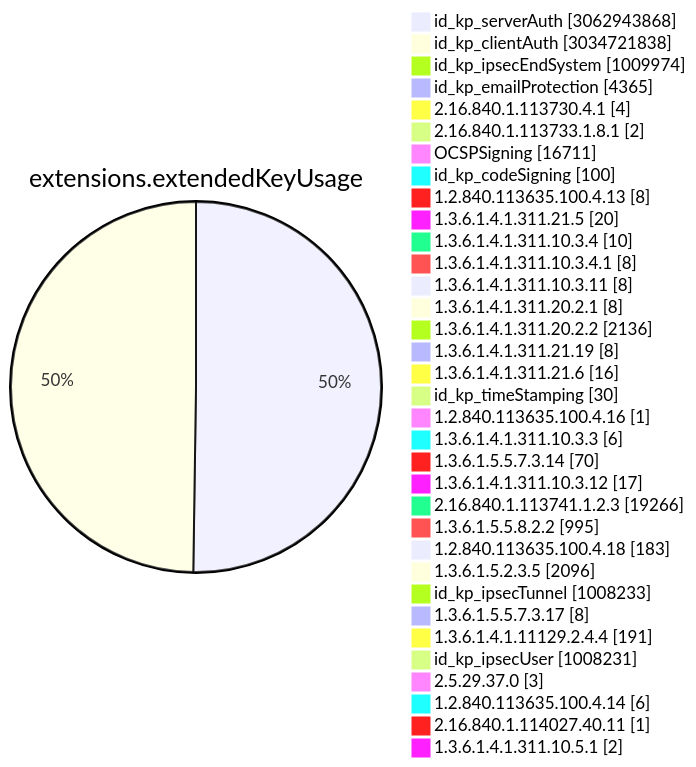
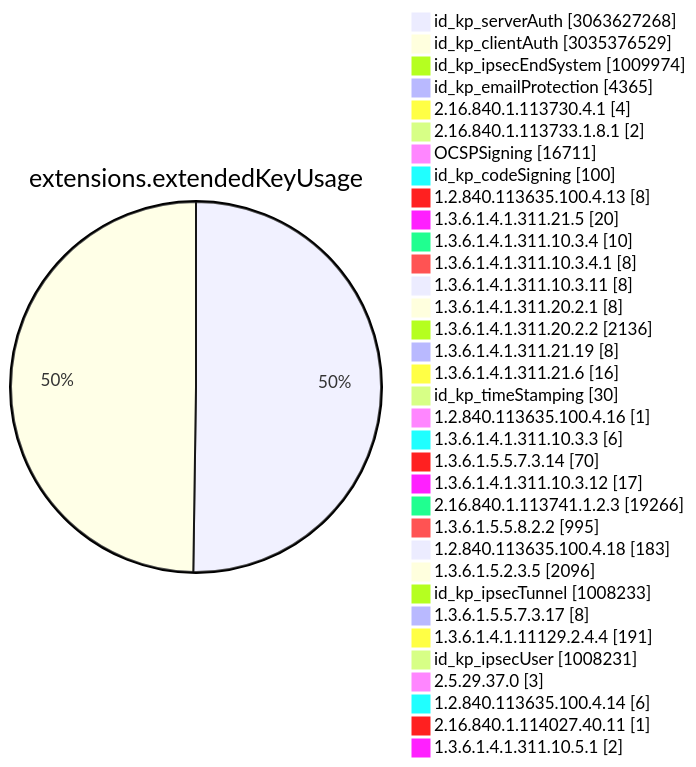
Before and after one commit to christiankrug/ctmonitor_visualization: diagram 11 of 15 in TOTAL/README.md, drawn with Mermaid. The commit also changed other lines of this file, not shown here.

````diff
--- a/TOTAL/README.md
+++ b/TOTAL/README.md
@@ -4117,38 +4117,38 @@
 ```mermaid
 pie showData
 title extensions.extendedKeyUsage
-"id_kp_serverAuth" :3062943868
-"id_kp_clientAuth" :3034721838
+"id_kp_serverAuth" :3063627268
+"id_kp_clientAuth" :3035376529
 "id_kp_ipsecEndSystem" :1009974
 "id_kp_emailProtection" :4365
 "2.16.840.1.113730.4.1" :4
 "2.16.840.1.113733.1.8.1" :2
 "OCSPSigning" :16711
 "id_kp_codeSigning" :100
 "1.2.840.113635.100.4.13" :8
 "1.3.6.1.4.1.311.21.5" :20
 "1.3.6.1.4.1.311.10.3.4" :10
 "1.3.6.1.4.1.311.10.3.4.1" :8
 "1.3.6.1.4.1.311.10.3.11" :8
 "1.3.6.1.4.1.311.20.2.1" :8
 "1.3.6.1.4.1.311.20.2.2" :2136
 "1.3.6.1.4.1.311.21.19" :8
 "1.3.6.1.4.1.311.21.6" :16
 "id_kp_timeStamping" :30
 "1.2.840.113635.100.4.16" :1
 "1.3.6.1.4.1.311.10.3.3" :6
 "1.3.6.1.5.5.7.3.14" :70
 "1.3.6.1.4.1.311.10.3.12" :17
 "2.16.840.1.113741.1.2.3" :19266
 "1.3.6.1.5.5.8.2.2" :995
 "1.2.840.113635.100.4.18" :183
 "1.3.6.1.5.2.3.5" :2096
 "id_kp_ipsecTunnel" :1008233
 "1.3.6.1.5.5.7.3.17" :8
 "1.3.6.1.4.1.11129.2.4.4" :191
 "id_kp_ipsecUser" :1008231
 "2.5.29.37.0" :3
 "1.2.840.113635.100.4.14" :6
 "2.16.840.1.114027.40.11" :1
 "1.3.6.1.4.1.311.10.5.1" :2
 ```
````
